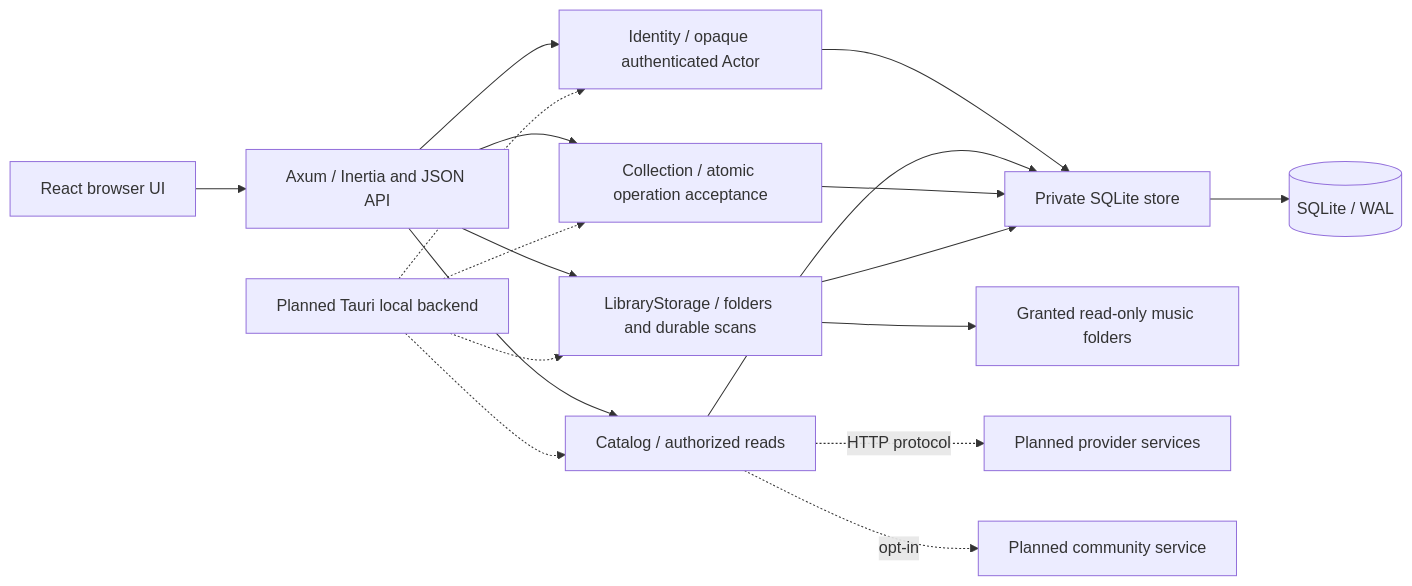
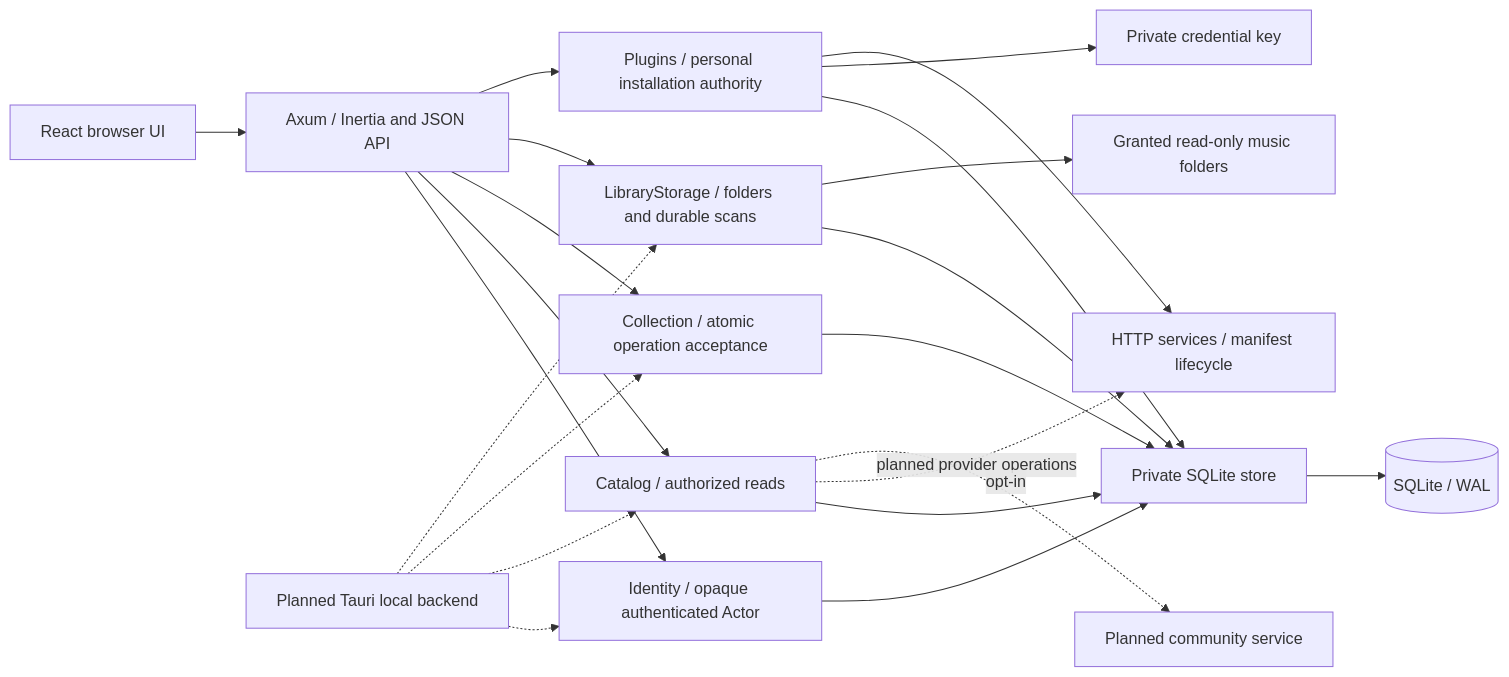
Before and after one commit to acidiney/hitoapp: the first of 4 diagrams in docs/architecture.md, drawn with Mermaid. The commit also changed other lines of this file and 2 other files, not shown here.

Commit message:
Document plugin ownership protocol and credential recovery

````diff
--- a/docs/architecture.md
+++ b/docs/architecture.md
@@ -5,20 +5,24 @@
 ```mermaid
 flowchart LR
   Browser[React browser UI] --> HTTP[Axum / Inertia and JSON API]
   HTTP --> Identity[Identity / opaque authenticated Actor]
   HTTP --> Catalog[Catalog / authorized reads]
   HTTP --> Collection[Collection / atomic operation acceptance]
   HTTP --> Storage[LibraryStorage / folders and durable scans]
+  HTTP --> Connections[Plugins / personal installation authority]
+  Connections --> Store
+  Connections --> Vault[Private credential key]
+  Connections --> Provider[HTTP services / manifest lifecycle]
   Identity --> Store[Private SQLite store]
   Catalog --> Store
   Collection --> Store
   Storage --> Store
   Store --> DB[(SQLite / WAL)]
   Storage --> Music[Granted read-only music folders]
   Desktop[Planned Tauri local backend] -.-> Identity
   Desktop -.-> Catalog
   Desktop -.-> Collection
   Desktop -.-> Storage
-  Catalog -. HTTP protocol .-> Plugins[Planned provider services]
+  Catalog -. planned provider operations .-> Provider
   Catalog -. opt-in .-> Community[Planned community service]
 ```
````
